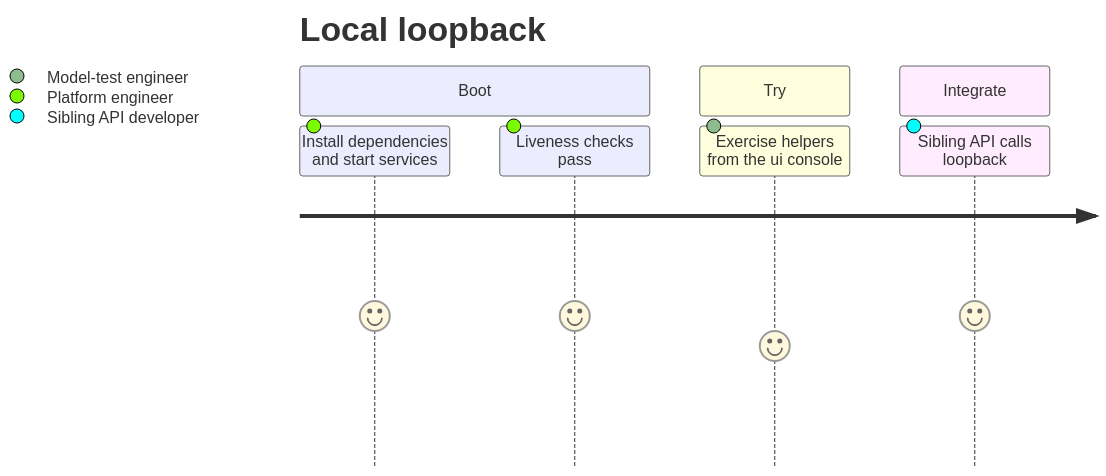
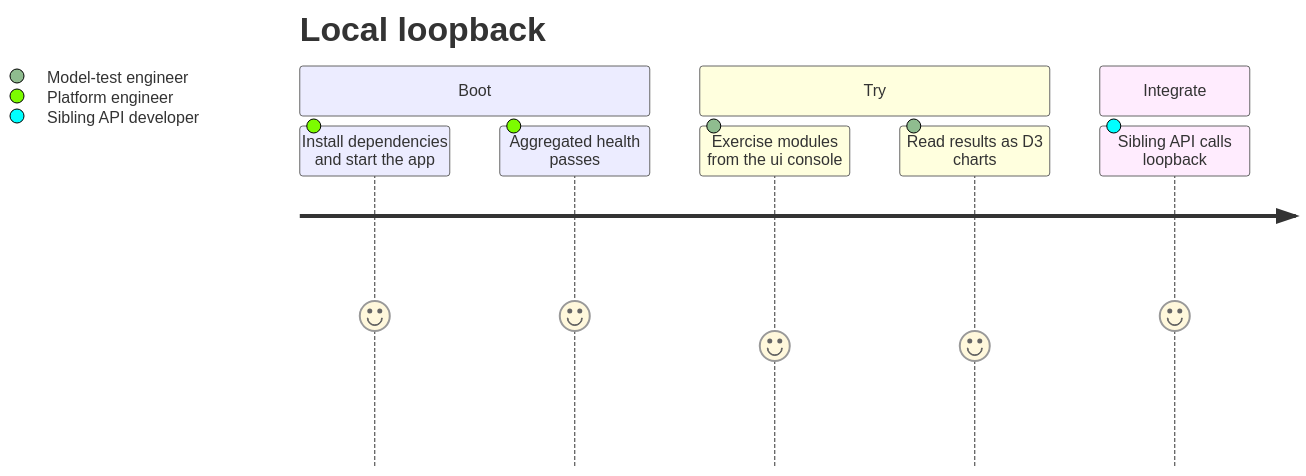
Before and after one commit to felixzhu97/explore-ml: the diagram in docs/product-owner/User-Story-Map.md, drawn with Mermaid. The commit also changed other lines of this file and 22 other files, not shown here.

````diff
--- a/docs/product-owner/User-Story-Map.md
+++ b/docs/product-owner/User-Story-Map.md
@@ -22,11 +22,12 @@
 ```mermaid
 journey
     title Local loopback
     section Boot
-        Install dependencies and start services: 5: Platform engineer
-        Liveness checks pass: 5: Platform engineer
+        Install dependencies and start the app: 5: Platform engineer
+        Aggregated health passes: 5: Platform engineer
     section Try
-        Exercise helpers from the ui console: 4: Model-test engineer
+        Exercise modules from the ui console: 4: Model-test engineer
+        Read results as D3 charts: 4: Model-test engineer
     section Integrate
         Sibling API calls loopback: 5: Sibling API developer
 ```
````
